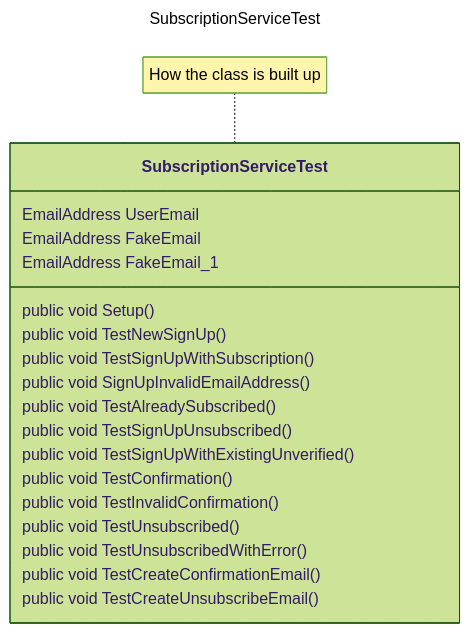
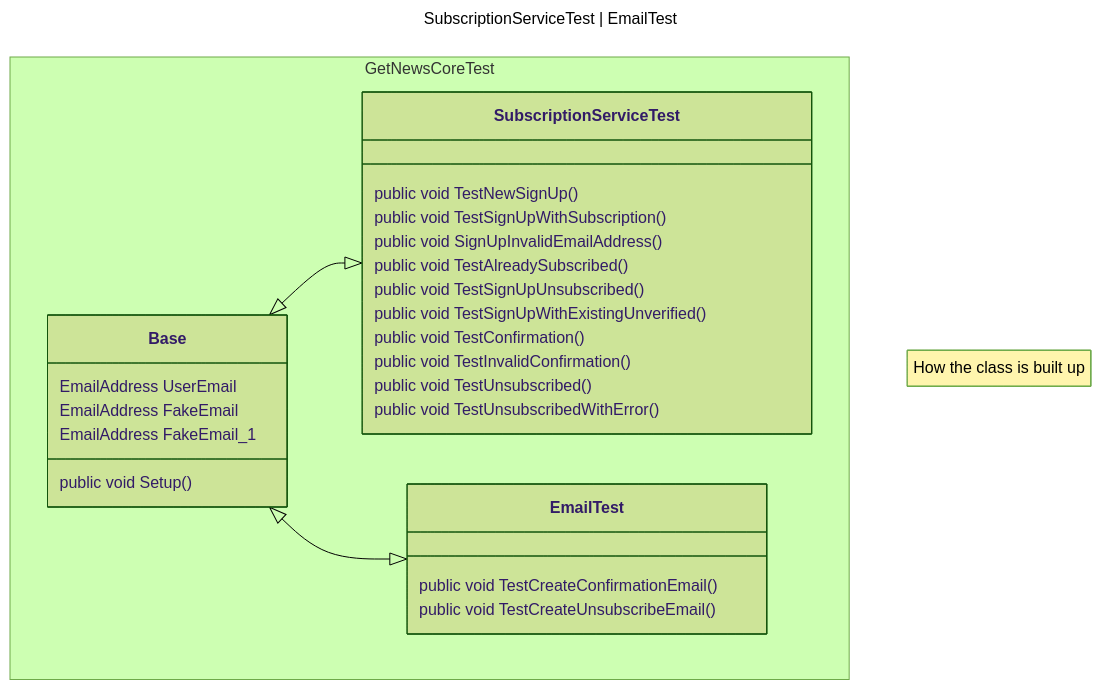
The first of 12 diagrams in model/TestModel.md (Emsaso/GetNews), drawn with Mermaid (forest theme) before and after one commit. The commit also changed other lines of this file, not shown here.

Commit message:
Updated TestModel

````diff
--- a/model/TestModel.md
+++ b/model/TestModel.md
@@ -5,26 +5,50 @@
 ```mermaid
 ---
-title: SubscriptionServiceTest
+title: SubscriptionServiceTest | EmailTest
 ---
 classDiagram
-    note for SubscriptionServiceTest "How the class is built up"
-    class SubscriptionServiceTest
-        SubscriptionServiceTest: EmailAddress UserEmail
-        SubscriptionServiceTest: EmailAddress FakeEmail
-        SubscriptionServiceTest: EmailAddress FakeEmail_1
+    note "How the class is built up"
+    Base <|--|> SubscriptionServiceTest
+    Base <|--|>  EmailTest
+    
+    namespace GetNewsCoreTest{
 
-        SubscriptionServiceTest: public void Setup()
-        SubscriptionServiceTest: public void TestNewSignUp()
-        SubscriptionServiceTest: public void TestSignUpWithSubscription()
-        SubscriptionServiceTest: public void SignUpInvalidEmailAddress()
-        SubscriptionServiceTest: public void TestAlreadySubscribed()
-        SubscriptionServiceTest: public void TestSignUpUnsubscribed()
-        SubscriptionServiceTest: public void TestSignUpWithExistingUnverified()
-        SubscriptionServiceTest: public void TestConfirmation()
-        SubscriptionServiceTest: public void TestInvalidConfirmation()
-        SubscriptionServiceTest: public void TestUnsubscribed()
-        SubscriptionServiceTest: public void TestUnsubscribedWithError()
+        class Base {
+            EmailAddress UserEmail
+            EmailAddress FakeEmail
+            EmailAddress FakeEmail_1
+        
+            public void Setup()
+            }
+        
+        
+        class SubscriptionServiceTest {
+            %%EmailAddress UserEmail
+            %%EmailAddress FakeEmail
+            %%EmailAddress FakeEmail_1
+        
+            %%public void Setup()
+            public void TestNewSignUp()
+            public void TestSignUpWithSubscription()
+            public void SignUpInvalidEmailAddress()
+            public void TestAlreadySubscribed()
+            public void TestSignUpUnsubscribed()
+            public void TestSignUpWithExistingUnverified()
+            public void TestConfirmation()
+            public void TestInvalidConfirmation()
+            public void TestUnsubscribed()
+            public void TestUnsubscribedWithError()
+        }
+        class EmailTest{
+            %%EmailAddress UserEmail
+            %%EmailAddress FakeEmail
+            %%EmailAddress FakeEmail_1
+        
+            %%public void Setup()
+            public void TestCreateConfirmationEmail()
+            public void TestCreateUnsubscribeEmail()
+        }
+    }
 
-        SubscriptionServiceTest: public void TestCreateConfirmationEmail()
-        SubscriptionServiceTest: public void TestCreateUnsubscribeEmail()
+
 ```
````
